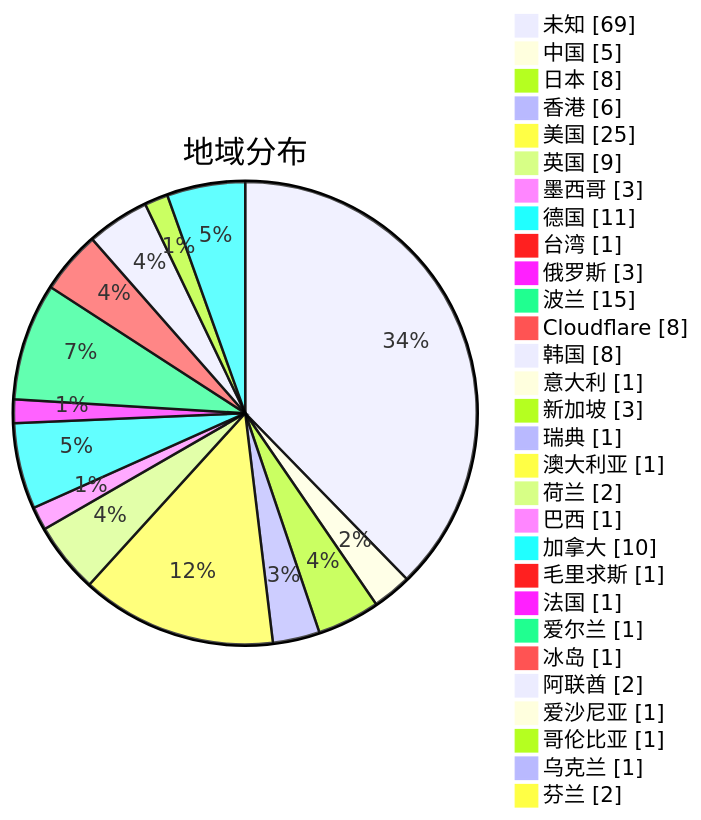
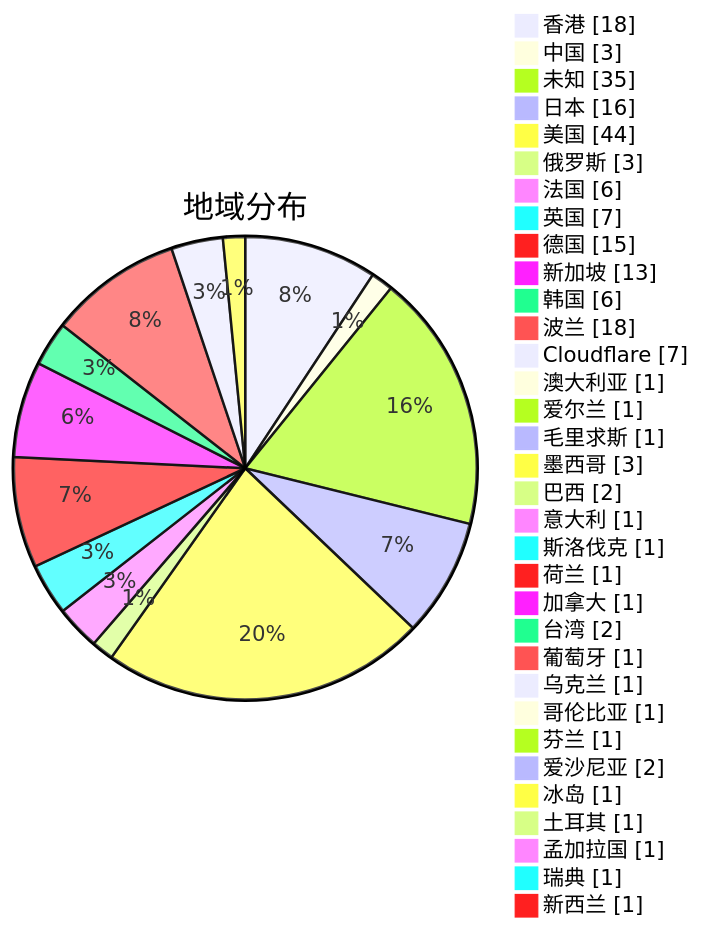
The second of 3 diagrams in subs/statistics/tested_within.md (sinspired/airport), drawn with Mermaid before and after one commit. The commit also changed other lines of this file and 2 other files, not shown here.

Commit message:
Committed by metaST

````diff
--- a/subs/statistics/tested_within.md
+++ b/subs/statistics/tested_within.md
@@ -13,33 +13,37 @@
 ```mermaid
 pie showData
 title 地域分布
-"未知" : 69
-"中国" : 5
-"日本" : 8
-"香港" : 6
-"美国" : 25
-"英国" : 9
+"香港" : 18
+"中国" : 3
+"未知" : 35
+"日本" : 16
+"美国" : 44
+"俄罗斯" : 3
+"法国" : 6
+"英国" : 7
+"德国" : 15
+"新加坡" : 13
+"韩国" : 6
+"波兰" : 18
+"Cloudflare" : 7
+"澳大利亚" : 1
+"爱尔兰" : 1
+"毛里求斯" : 1
 "墨西哥" : 3
-"德国" : 11
-"台湾" : 1
-"俄罗斯" : 3
-"波兰" : 15
-"Cloudflare" : 8
-"韩国" : 8
+"巴西" : 2
 "意大利" : 1
-"新加坡" : 3
+"斯洛伐克" : 1
+"荷兰" : 1
+"加拿大" : 1
+"台湾" : 2
+"葡萄牙" : 1
+"乌克兰" : 1
+"哥伦比亚" : 1
+"芬兰" : 1
+"爱沙尼亚" : 2
+"冰岛" : 1
+"土耳其" : 1
+"孟加拉国" : 1
 "瑞典" : 1
-"澳大利亚" : 1
-"荷兰" : 2
-"巴西" : 1
-"加拿大" : 10
-"毛里求斯" : 1
-"法国" : 1
-"爱尔兰" : 1
-"冰岛" : 1
-"阿联酋" : 2
-"爱沙尼亚" : 1
-"哥伦比亚" : 1
-"乌克兰" : 1
-"芬兰" : 2
+"新西兰" : 1
 ```
````
